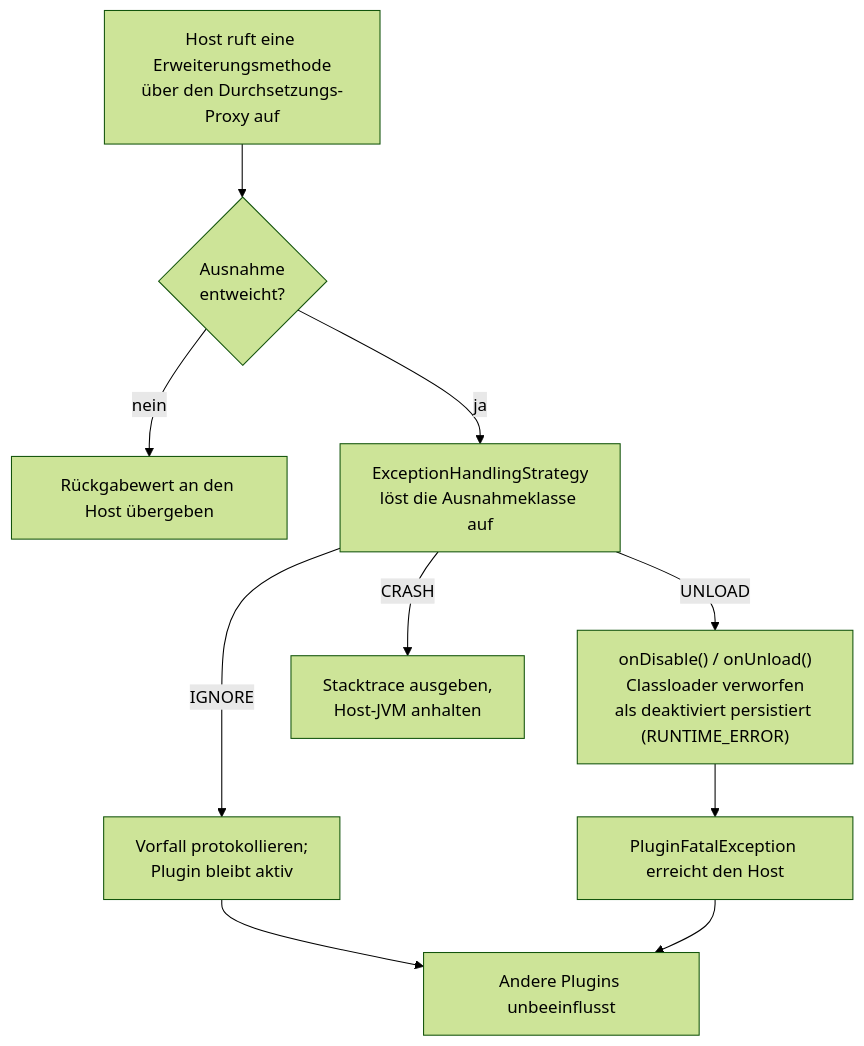
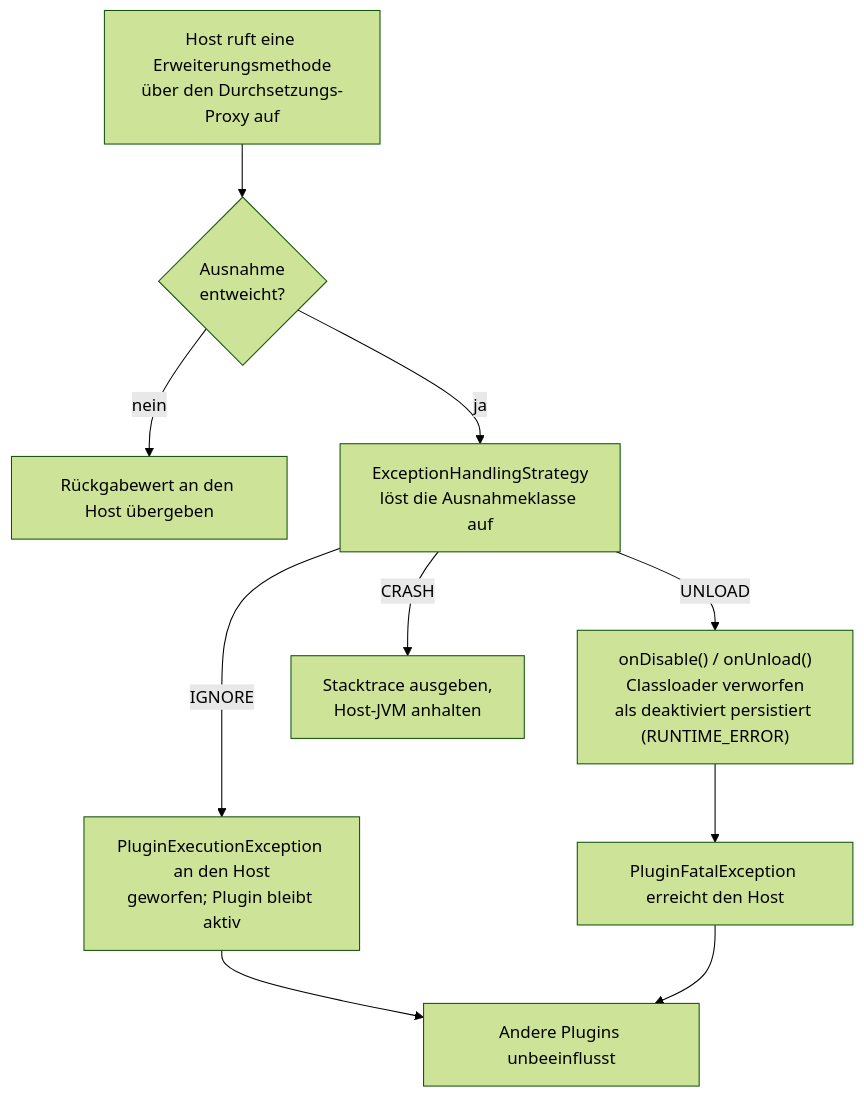
The second of 2 diagrams in docs/docs/host-integration/plugin-lifecycle-management.de.md (KleinerHacker/pluggiat), drawn with Mermaid (forest theme) before and after one commit. The commit also changed other lines of this file and 84 other files, not shown here.

````diff
--- a/docs/docs/host-integration/plugin-lifecycle-management.de.md
+++ b/docs/docs/host-integration/plugin-lifecycle-management.de.md
@@ -84,12 +114,12 @@
 ```mermaid
 flowchart TD
     Call["Host ruft eine Erweiterungsmethode<br/>über den Durchsetzungs-Proxy auf"] --> Throw{"Ausnahme<br/>entweicht?"}
     Throw -->|nein| Ok["Rückgabewert an den Host übergeben"]
     Throw -->|ja| Resolve["ExceptionHandlingStrategy<br/>löst die Ausnahmeklasse auf"]
-    Resolve -->|IGNORE| Ignore["Vorfall protokollieren;<br/>Plugin bleibt aktiv"]
+    Resolve -->|IGNORE| Ignore["PluginExecutionException an den Host<br/>geworfen; Plugin bleibt aktiv"]
     Resolve -->|UNLOAD| Unload["onDisable() / onUnload()<br/>Classloader verworfen<br/>als deaktiviert persistiert (RUNTIME_ERROR)"]
     Resolve -->|CRASH| Crash["Stacktrace ausgeben,<br/>Host-JVM anhalten"]
     Unload --> Fatal["PluginFatalException erreicht den Host"]
     Ignore --> Siblings["Andere Plugins unbeeinflusst"]
     Fatal --> Siblings
 ```
````
